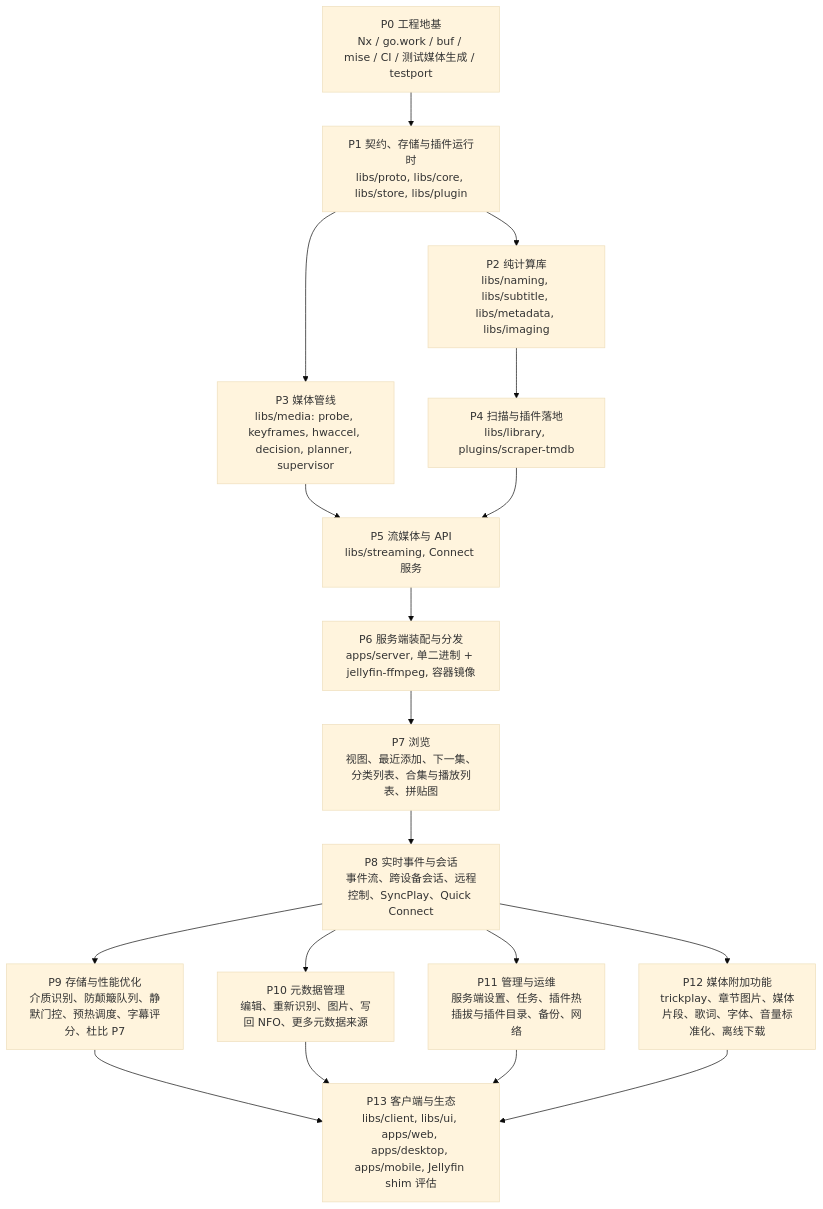
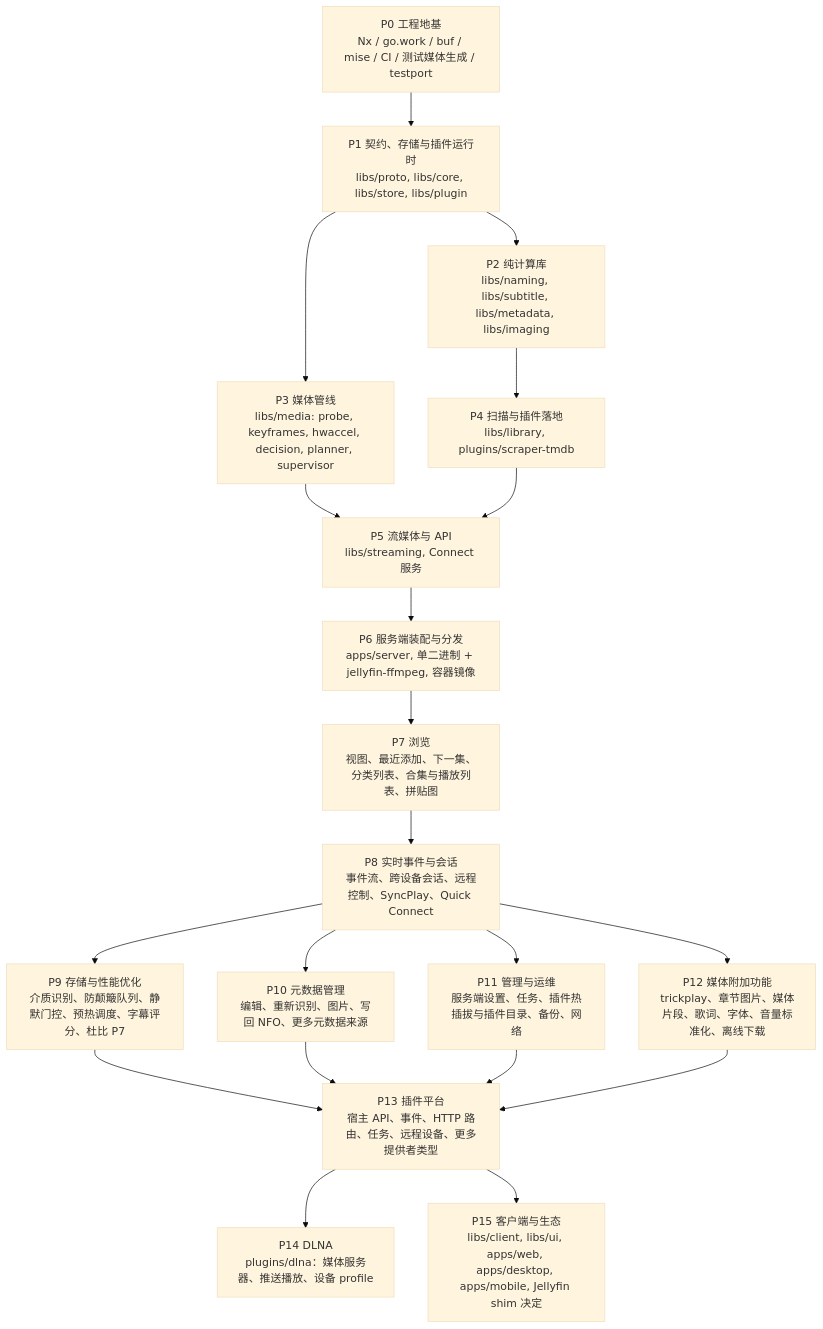
One commit to mavioai/mavio changed the diagram in docs/roadmap.zh-CN.md. Above: the diagram before and after it, drawn with Mermaid (base theme). The commit also changed other lines of this file and 9 other files, not shown here.

````diff
--- a/docs/roadmap.zh-CN.md
+++ b/docs/roadmap.zh-CN.md
@@ -20,35 +20,39 @@
 ```mermaid
 flowchart TD
     P0["P0 工程地基<br/>Nx / go.work / buf / mise / CI / 测试媒体生成 / testport"]
     P1["P1 契约、存储与插件运行时<br/>libs/proto, libs/core, libs/store, libs/plugin"]
     P2["P2 纯计算库<br/>libs/naming, libs/subtitle, libs/metadata, libs/imaging"]
     P3["P3 媒体管线<br/>libs/media: probe, keyframes, hwaccel, decision, planner, supervisor"]
     P4["P4 扫描与插件落地<br/>libs/library, plugins/scraper-tmdb"]
     P5["P5 流媒体与 API<br/>libs/streaming, Connect 服务"]
     P6["P6 服务端装配与分发<br/>apps/server, 单二进制 + jellyfin-ffmpeg, 容器镜像"]
     P7["P7 浏览<br/>视图、最近添加、下一集、分类列表、合集与播放列表、拼贴图"]
     P8["P8 实时事件与会话<br/>事件流、跨设备会话、远程控制、SyncPlay、Quick Connect"]
     P9["P9 存储与性能优化<br/>介质识别、防颠簸队列、静默门控、预热调度、字幕评分、杜比 P7"]
     P10["P10 元数据管理<br/>编辑、重新识别、图片、写回 NFO、更多元数据来源"]
     P11["P11 管理与运维<br/>服务端设置、任务、插件热插拔与插件目录、备份、网络"]
     P12["P12 媒体附加功能<br/>trickplay、章节图片、媒体片段、歌词、字体、音量标准化、离线下载"]
-    P13["P13 客户端与生态<br/>libs/client, libs/ui, apps/web, apps/desktop, apps/mobile, Jellyfin shim 评估"]
+    P13["P13 插件平台<br/>宿主 API、事件、HTTP 路由、任务、远程设备、更多提供者类型"]
+    P14["P14 DLNA<br/>plugins/dlna：媒体服务器、推送播放、设备 profile"]
+    P15["P15 客户端与生态<br/>libs/client, libs/ui, apps/web, apps/desktop, apps/mobile, Jellyfin shim 决定"]
 
     P0 --> P1
     P1 --> P2
     P1 --> P3
     P2 --> P4
     P3 --> P5
     P4 --> P5
     P5 --> P6
     P6 --> P7
     P7 --> P8
     P8 --> P9
     P8 --> P10
     P8 --> P11
     P8 --> P12
     P9 --> P13
     P10 --> P13
     P11 --> P13
     P12 --> P13
+    P13 --> P14
+    P13 --> P15
 ```
````
